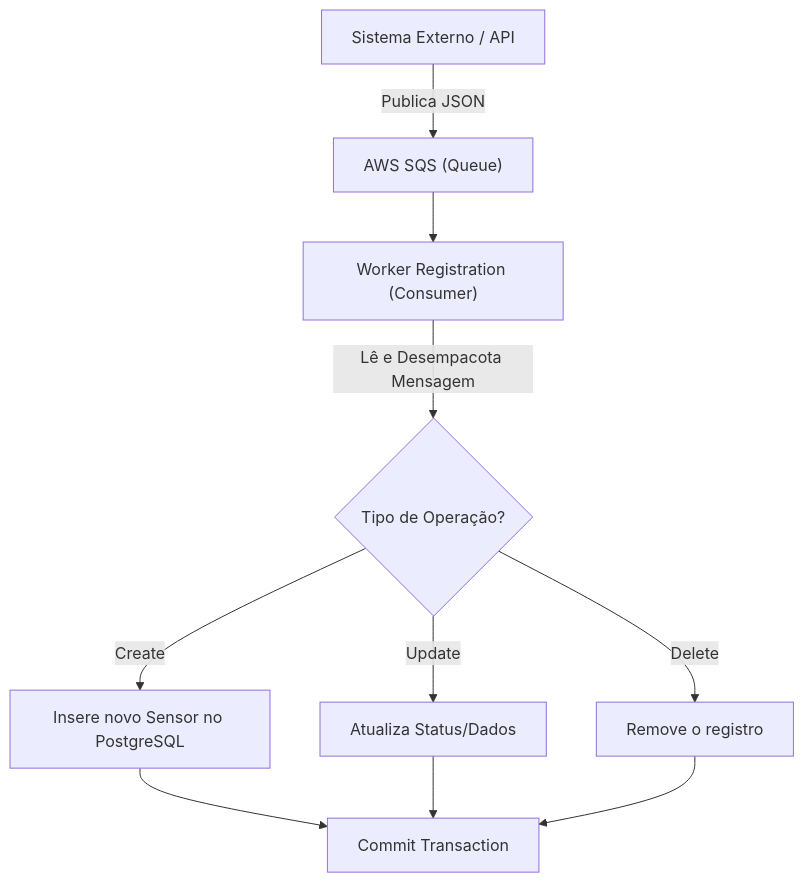
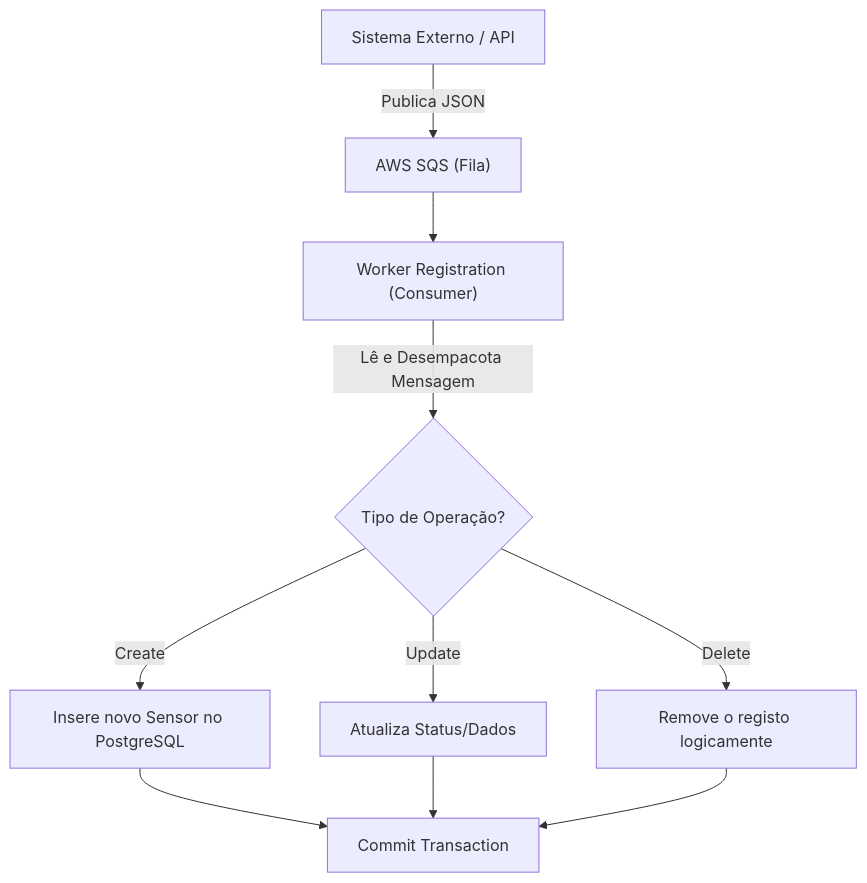
The first of 2 diagrams in README.md (humbertoluis22/agrosolutions-worker-sensors), drawn with Mermaid before and after one commit. The commit also changed other lines of this file, not shown here.

````diff
--- a/README.md
+++ b/README.md
@@ -47,10 +51,11 @@
 ```mermaid
 graph TD
-    A["Sistema Externo / API"] -->|Publica JSON| B["AWS SQS (Queue)"];
+    A["Sistema Externo / API"] -->|Publica JSON| B["AWS SQS (Fila)"];
     B --> C["Worker Registration (Consumer)"];
     C -->|Lê e Desempacota Mensagem| D{Tipo de Operação?};
     D -- Create --> E["Insere novo Sensor no PostgreSQL"];
     D -- Update --> F["Atualiza Status/Dados"];
-    D -- Delete --> G["Remove o registro"];
+    D -- Delete --> G["Remove o registo logicamente"];
     E & F & G --> H["Commit Transaction"];
+
 ```
````
